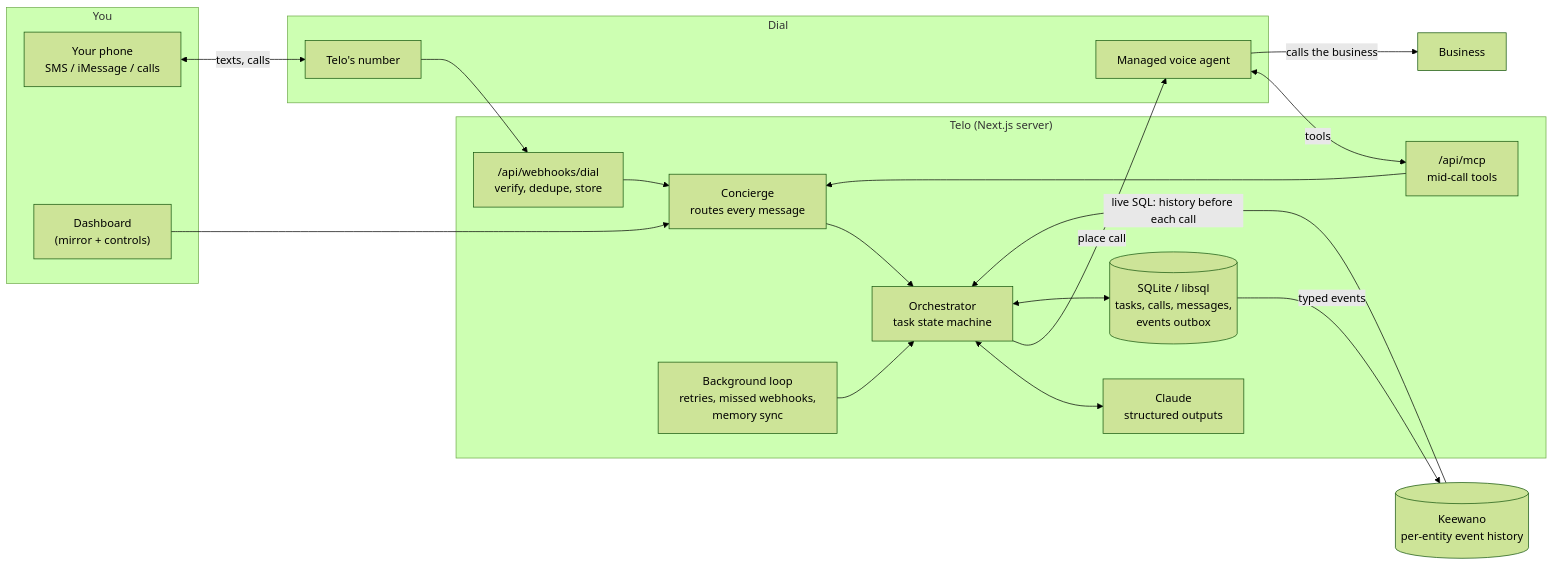
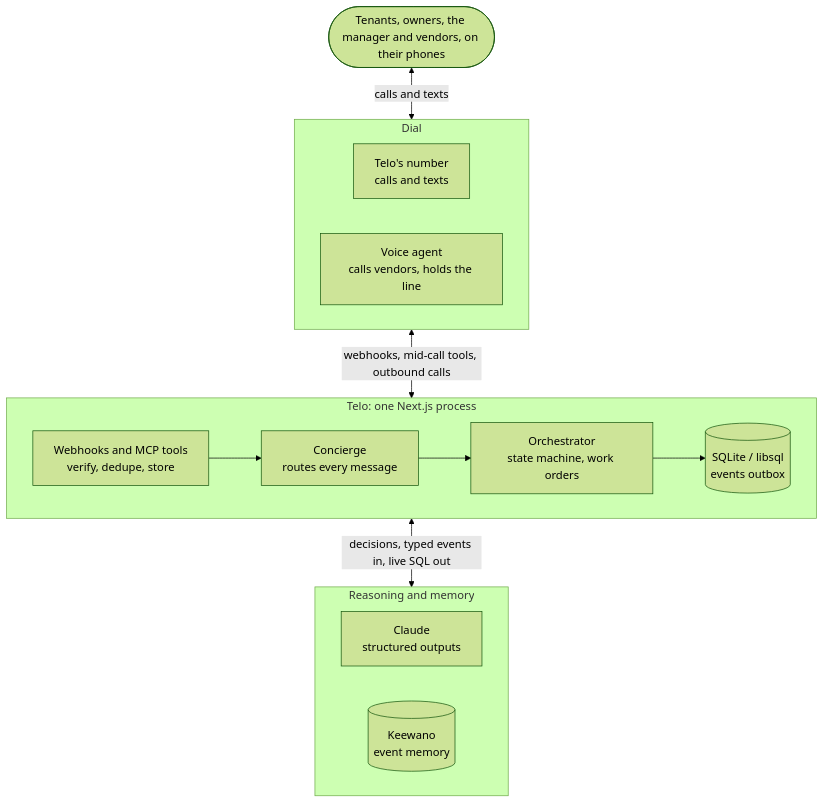
One commit to dylann4500/Telo changed the second of 2 diagrams in README.md. Above: the diagram before and after it, drawn with Mermaid (forest theme). The commit also changed other lines of this file and 2 other files, not shown here.

First line of the commit message:
Rework the README around the work-order flow and add the MIT license

````diff
--- a/README.md
+++ b/README.md
@@ -23,36 +102,25 @@
 ```mermaid
-flowchart LR
-  subgraph You
-    phone["Your phone<br/>SMS / iMessage / calls"]
-    dash["Dashboard<br/>(mirror + controls)"]
+flowchart TB
+  people(["Tenants, owners, the manager and vendors, on their phones"])
+  subgraph Dial["Dial"]
+    direction LR
+    num["Telo's number<br/>calls and texts"]
+    va["Voice agent<br/>calls vendors, holds the line"]
   end
-  subgraph Dial
-    num["Telo's number"]
-    agent["Managed voice agent"]
+  subgraph Telo["Telo: one Next.js process"]
+    direction LR
+    in["Webhooks and MCP tools<br/>verify, dedupe, store"]
+    con["Concierge<br/>routes every message"]
+    orch["Orchestrator<br/>state machine, work orders"]
+    db[("SQLite / libsql<br/>events outbox")]
+    in --> con --> orch --> db
   end
-  subgraph Telo["Telo (Next.js server)"]
-    wh["/api/webhooks/dial<br/>verify, dedupe, store"]
-    mcp["/api/mcp<br/>mid-call tools"]
-    con["Concierge<br/>routes every message"]
-    orch["Orchestrator<br/>task state machine"]
+  subgraph Brain["Reasoning and memory"]
+    direction LR
     llm["Claude<br/>structured outputs"]
-    db[("SQLite / libsql<br/>tasks, calls, messages,<br/>events outbox")]
-    bg["Background loop<br/>retries, missed webhooks,<br/>memory sync"]
+    kw[("Keewano<br/>event memory")]
   end
-  kw[("Keewano<br/>per-entity event history")]
-
-  phone <-->|texts, calls| num
-  num --> wh
-  agent <-->|tools| mcp
-  wh --> con
-  mcp --> con
-  dash --> con
-  con --> orch
-  orch <--> llm
-  orch -->|place call| agent
-  agent -->|calls the business| biz["Business"]
-  orch <--> db
-  db -->|typed events| kw
-  kw -->|live SQL: history before each call| orch
-  bg --> orch
+  people <-->|calls and texts| Dial
+  Dial <-->|webhooks, mid-call tools, outbound calls| Telo
+  Telo <-->|decisions, typed events in, live SQL out| Brain
 ```
````
